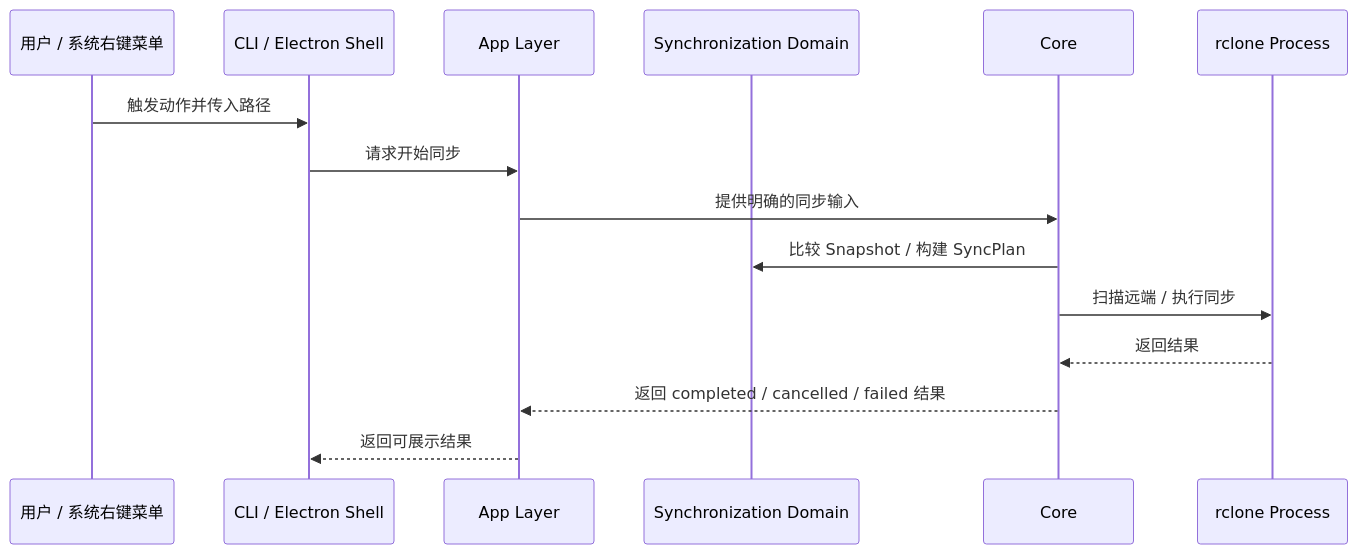
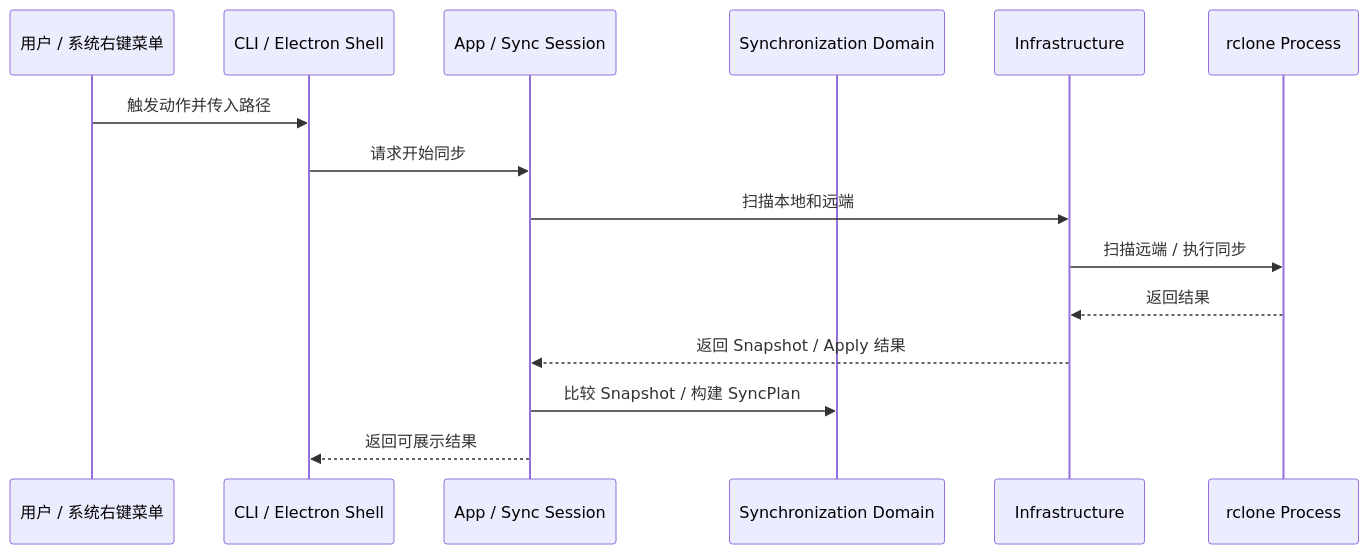
One commit to agalloch21/sync-with-rclone changed the first of 4 diagrams in docs/Architecture.md. Above: the diagram before and after it, drawn with Mermaid. The commit also changed other lines of this file and 29 other files, not shown here.

Commit message:
4B/4C. Filesystem and rclone implementations now live under infrastructure; The transitional src/core boundary has been removed.

````diff
--- a/docs/Architecture.md
+++ b/docs/Architecture.md
@@ -14,18 +14,18 @@
 ```mermaid
 sequenceDiagram
   participant U as 用户 / 系统右键菜单
   participant S as CLI / Electron Shell
-  participant A as App Layer
+  participant A as App / Sync Session
   participant D as Synchronization Domain
-  participant C as Core
+  participant I as Infrastructure
   participant RC as rclone Process
 
   U->>S: 触发动作并传入路径
   S->>A: 请求开始同步
-  A->>C: 提供明确的同步输入
-  C->>D: 比较 Snapshot / 构建 SyncPlan
-  C->>RC: 扫描远端 / 执行同步
-  RC-->>C: 返回结果
-  C-->>A: 返回 completed / cancelled / failed 结果
+  A->>I: 扫描本地和远端
+  I->>RC: 扫描远端 / 执行同步
+  RC-->>I: 返回结果
+  I-->>A: 返回 Snapshot / Apply 结果
+  A->>D: 比较 Snapshot / 构建 SyncPlan
   A-->>S: 返回可展示结果
 ```
````
